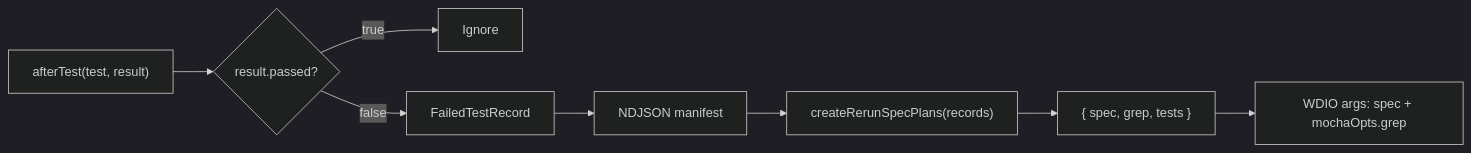
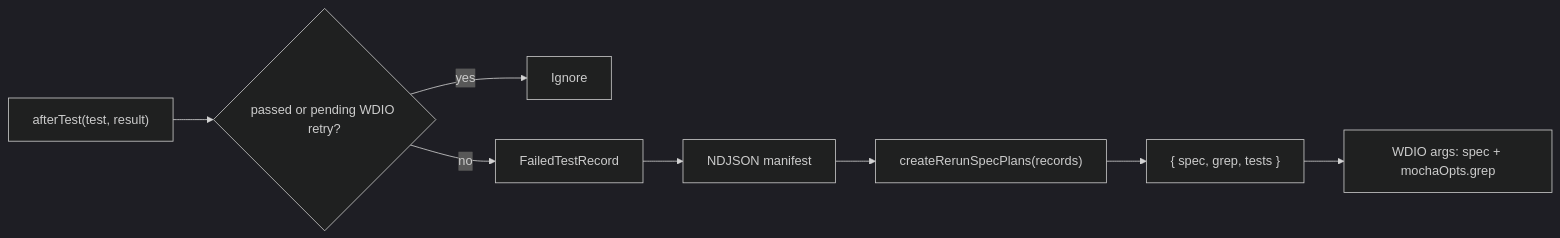
One commit to JustasMonkev/jm-wdio-failed-rerun-runner changed the second of 2 diagrams in README.md. Above: the diagram before and after it, drawn with Mermaid (dark theme). The commit also changed other lines of this file and 10 other files, not shown here.

````diff
--- a/README.md
+++ b/README.md
@@ -205,10 +205,10 @@
 ```mermaid
 flowchart LR
-    A["afterTest(test, result)"] --> B{"result.passed?"}
-    B -- "true" --> C["Ignore"]
-    B -- "false" --> D["FailedTestRecord"]
+    A["afterTest(test, result)"] --> B{"passed or pending WDIO retry?"}
+    B -- "yes" --> C["Ignore"]
+    B -- "no" --> D["FailedTestRecord"]
     D --> E["NDJSON manifest"]
     E --> F["createRerunSpecPlans(records)"]
     F --> G["{ spec, grep, tests }"]
     G --> H["WDIO args: spec + mochaOpts.grep"]
 ```
````
